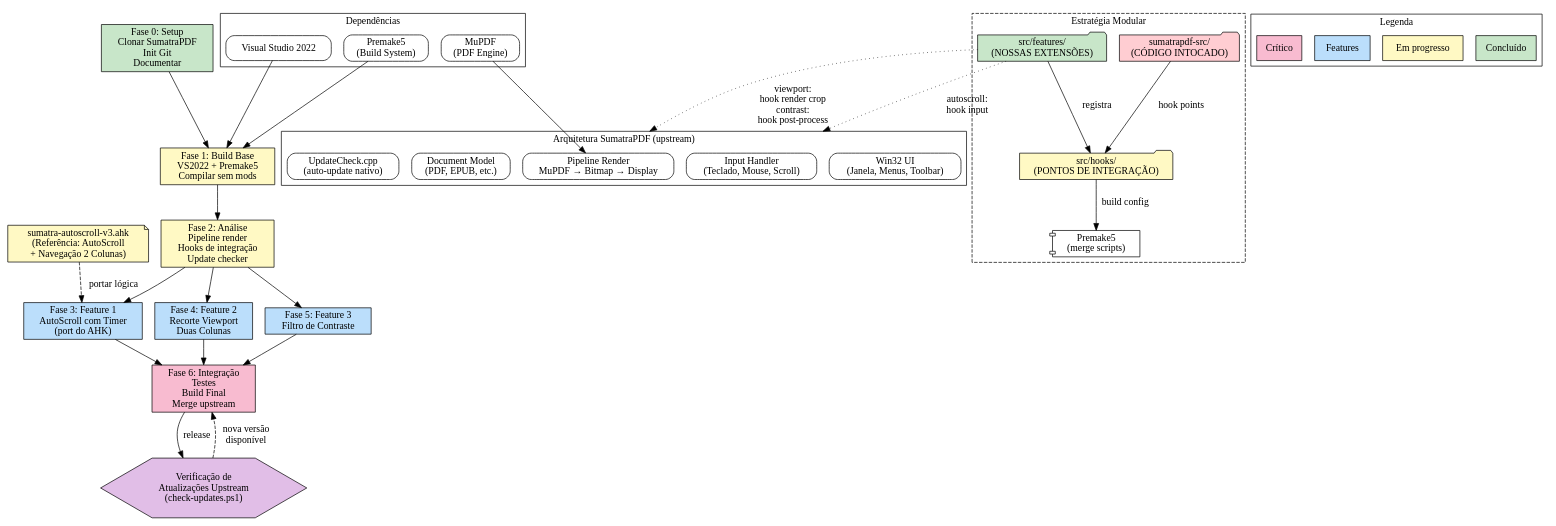
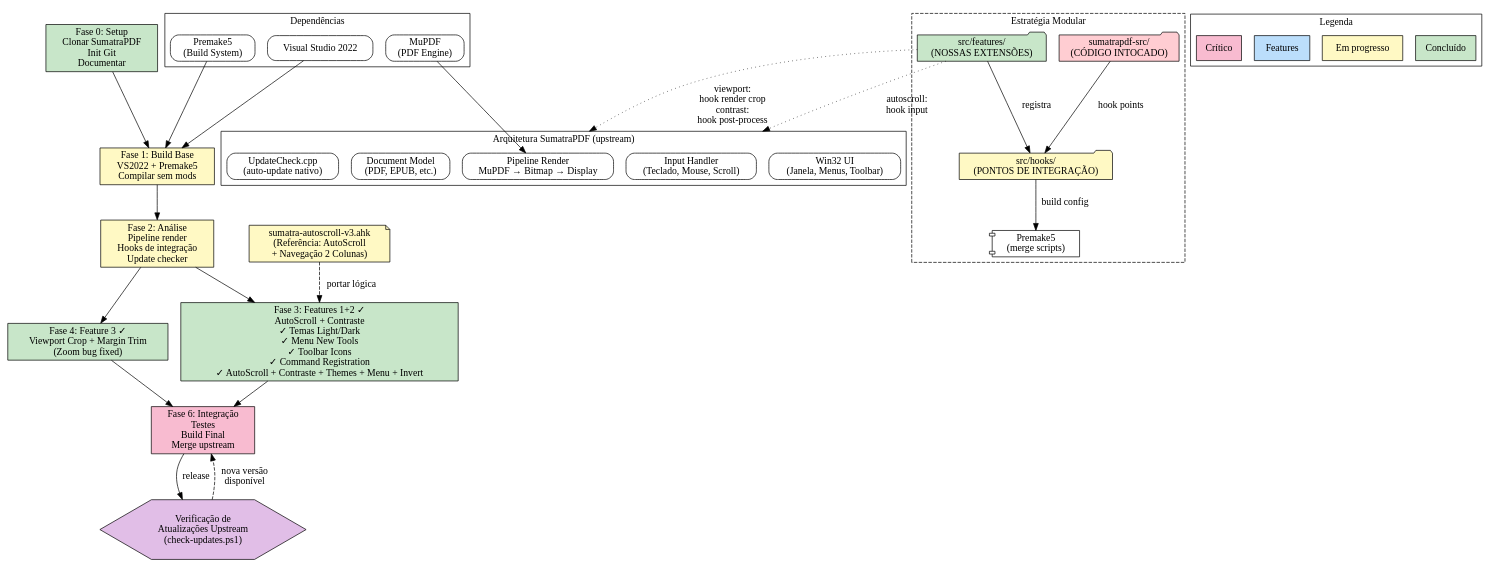
The diagram in FLOW/tumatrapdf.dot (FelipeTesta/TumatraPDF), drawn with Graphviz before and after one commit. The commit also changed 3 other files, not shown here.

Commit message:
fix(cropview): prevent zoom compounding and add manual scroll retreat/advance

```diff
--- a/FLOW/tumatrapdf.dot
+++ b/FLOW/tumatrapdf.dot
@@ -1,85 +1,82 @@
 digraph TumatraPDF {
     rankdir=TB;
     node [shape=box, style=rounded];
     compound=true;
 
     // Fases do projeto
     fase0 [label="Fase 0: Setup\nClonar SumatraPDF\nInit Git\nDocumentar", fillcolor="#c8e6c9", style=filled];
     fase1 [label="Fase 1: Build Base\nVS2022 + Premake5\nCompilar sem mods", fillcolor="#fff9c4", style=filled];
     fase2 [label="Fase 2: Análise\nPipeline render\nHooks de integração\nUpdate checker", fillcolor="#fff9c4", style=filled];
-    fase3 [label="Fase 3: Feature 1\nAutoScroll com Timer\n(port do AHK)", fillcolor="#bbdefb", style=filled];
-    fase4 [label="Fase 4: Feature 2\nRecorte Viewport\nDuas Colunas", fillcolor="#bbdefb", style=filled];
-    fase5 [label="Fase 5: Feature 3\nFiltro de Contraste", fillcolor="#bbdefb", style=filled];
+    fase3 [label="Fase 3: Features 1+2 ✓\nAutoScroll + Contraste\n✓ Temas Light/Dark\n✓ Menu New Tools\n✓ Toolbar Icons\n✓ Command Registration\n✓ AutoScroll + Contraste + Themes + Menu + Invert", fillcolor="#c8e6c9", style=filled];
+    fase4 [label="Fase 4: Feature 3 ✓\nViewport Crop + Margin Trim\n(Zoom bug fixed)", fillcolor="#c8e6c9", style=filled];
     fase6 [label="Fase 6: Integração\nTestes\nBuild Final\nMerge upstream", fillcolor="#f8bbd0", style=filled];
 
     fase0 -> fase1;
     fase1 -> fase2;
     fase2 -> fase3;
     fase2 -> fase4;
-    fase2 -> fase5;
     fase3 -> fase6;
     fase4 -> fase6;
-    fase5 -> fase6;
 
     // Update loop
     update [label="Verificação de\nAtualizações Upstream\n(check-updates.ps1)", shape=hexagon, fillcolor="#e1bee7", style=filled];
     fase6 -> update [label="release"];
     update -> fase6 [label="nova versão\ndisponível", style=dashed];
 
     // Modularidade
     subgraph cluster_modular {
         label="Estratégia Modular";
         style=dashed;
         color="#666";
         
         upstream [label="sumatrapdf-src/\n(CÓDIGO INTOCADO)", shape=folder, fillcolor="#ffcdd2", style=filled];
         features [label="src/features/\n(NOSSAS EXTENSÕES)", shape=folder, fillcolor="#c8e6c9", style=filled];
         hooks [label="src/hooks/\n(PONTOS DE INTEGRAÇÃO)", shape=folder, fillcolor="#fff9c4", style=filled];
         premake [label="Premake5\n(merge scripts)", shape=component];
         
         upstream -> hooks [label="hook points"];
         features -> hooks [label="registra"];
         hooks -> premake [label="build config"];
     }
 
     // Arquitetura SumatraPDF
     subgraph cluster_arch {
         label="Arquitetura SumatraPDF (upstream)";
         node [shape=record];
         ui [label="Win32 UI\n(Janela, Menus, Toolbar)"];
         render [label="Pipeline Render\nMuPDF → Bitmap → Display"];
         input [label="Input Handler\n(Teclado, Mouse, Scroll)"];
         doc [label="Document Model\n(PDF, EPUB, etc.)"];
         updatecheck [label="UpdateCheck.cpp\n(auto-update nativo)"];
     }
 
     // Feature hooks
     features -> input [label="autoscroll:\nhook input", style=dotted, lhead=cluster_arch];
     features -> render [label="viewport:\nhook render crop\ncontrast:\nhook post-process", style=dotted, lhead=cluster_arch];
 
     // Dependências
     subgraph cluster_deps {
         label="Dependências";
         mupdf [label="MuPDF\n(PDF Engine)"];
         vs2022 [label="Visual Studio 2022"];
         premake5 [label="Premake5\n(Build System)"];
     }
 
     mupdf -> render;
     premake5 -> fase1;
     vs2022 -> fase1;
 
     // Referência AHK
     ahk [label="sumatra-autoscroll-v3.ahk\n(Referência: AutoScroll\n+ Navegação 2 Colunas)", shape=note, fillcolor="#fff9c4", style=filled];
     ahk -> fase3 [label="portar lógica", style=dashed];
 
     // Legenda
     subgraph cluster_legend {
         label="Legenda";
         color="#ccc";
         done [label="Concluído", fillcolor="#c8e6c9", style=filled];
         progress [label="Em progresso", fillcolor="#fff9c4", style=filled];
         feature [label="Features", fillcolor="#bbdefb", style=filled];
         critical [label="Crítico", fillcolor="#f8bbd0", style=filled];
     }
 }
```
